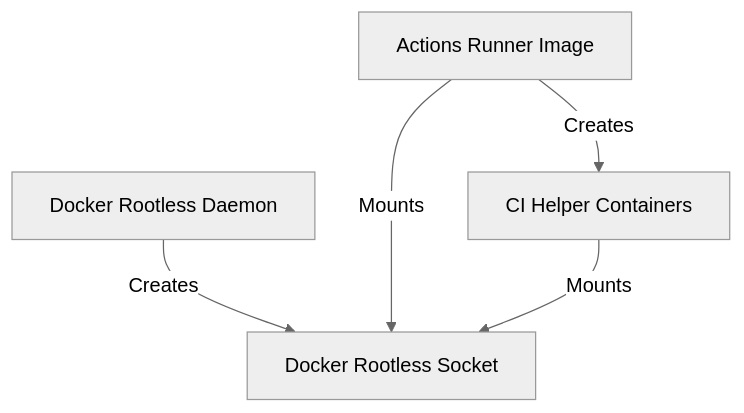
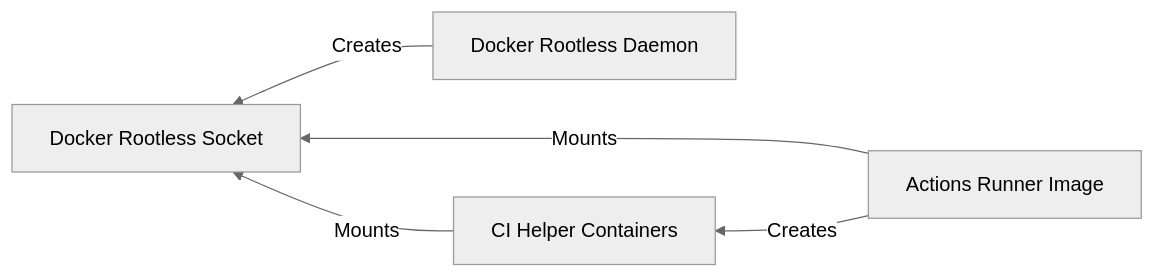
The second of 4 diagrams in README.md (WATonomous/slurm-gha), drawn with Mermaid (neutral theme) before and after one commit. The commit also changed other lines of this file, not shown here.

````diff
--- a/README.md
+++ b/README.md
@@ -26,7 +26,7 @@
 ```mermaid
-graph TD
+graph RL
     A[Docker Rootless Daemon] -->|Creates| B[Docker Rootless Socket]
     C[Actions Runner Image] -->|Mounts| B
     C -->|Creates| E[CI Helper Containers]
     E -->|Mounts| B
 ```
````
